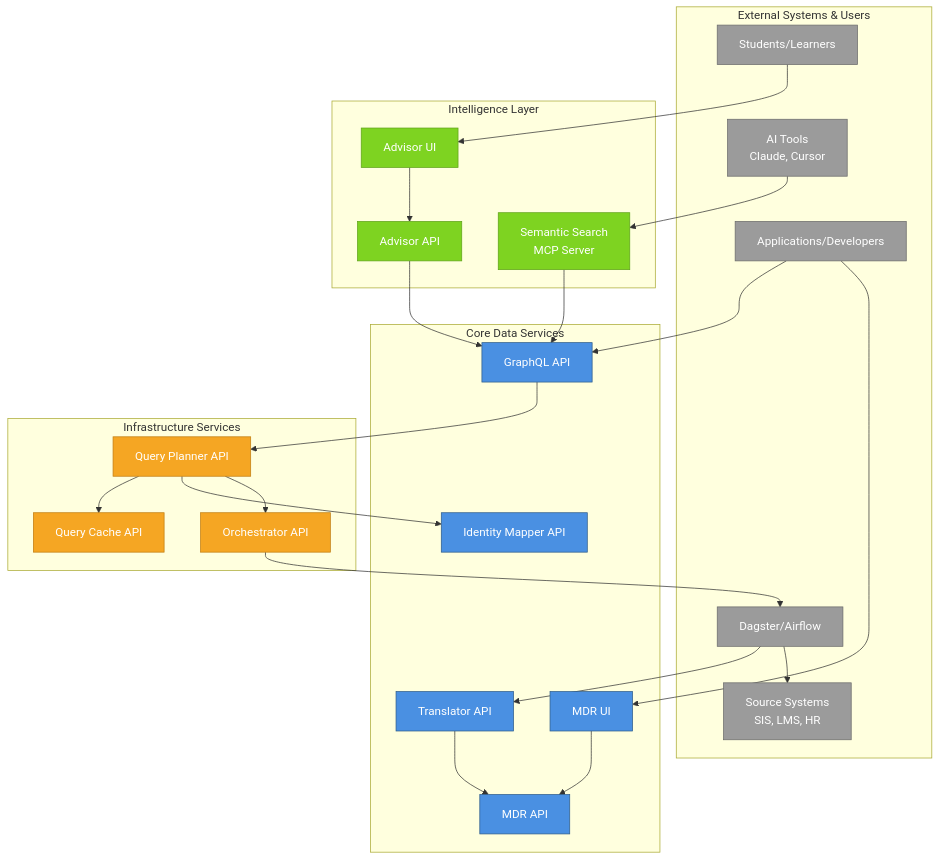
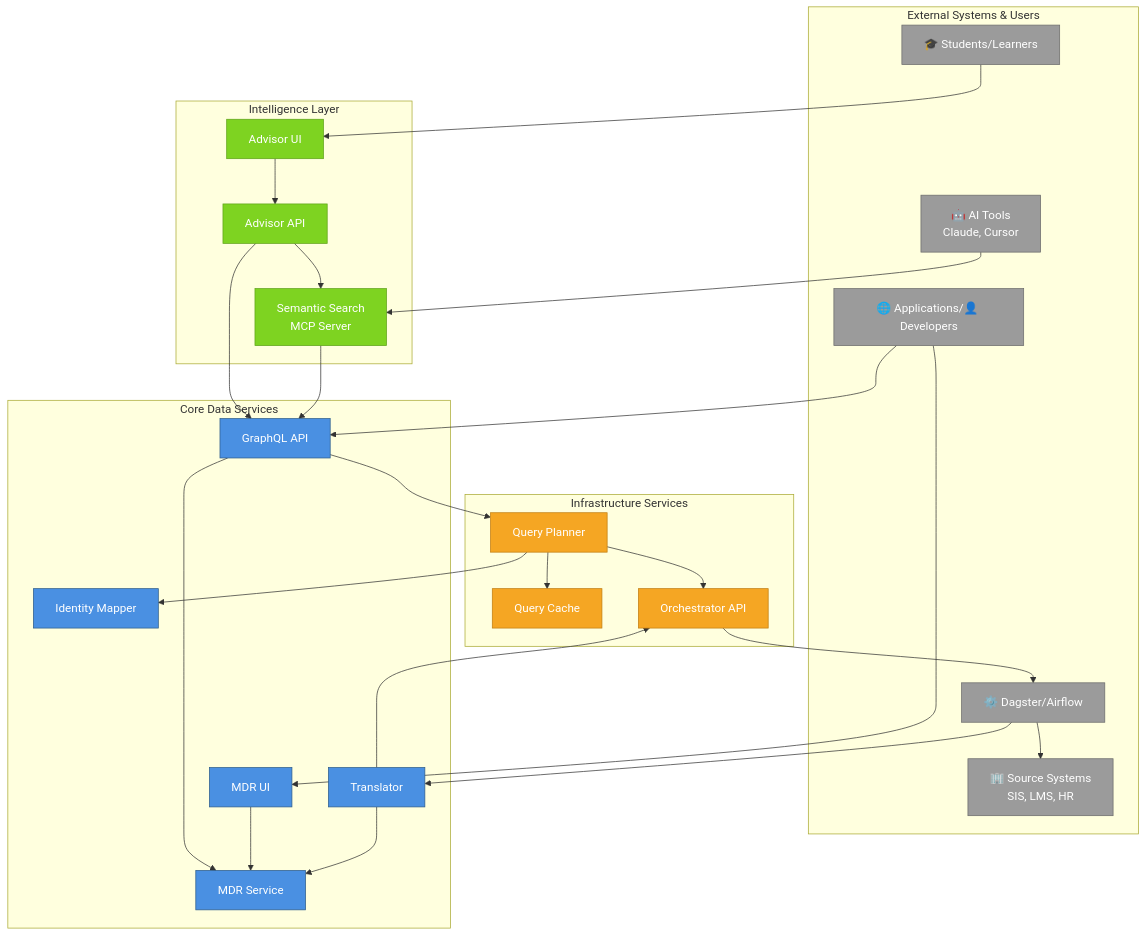
The first of 16 diagrams in docs/lif_services_overview.md (LIF-Initiative/lif-core), drawn with Mermaid before and after one commit. The commit also changed other lines of this file, not shown here.

Commit message:
docs: diagram cleanup

````diff
--- a/docs/lif_services_overview.md
+++ b/docs/lif_services_overview.md
@@ -11,60 +11,63 @@
 ```mermaid
 graph TB
     subgraph External["External Systems & Users"]
-        Users[Applications/Developers]
-        Students[Students/Learners]
-        Sources[Source Systems<br/>SIS, LMS, HR]
-        Orchestrators[Dagster/Airflow]
-        AITools[AI Tools<br/>Claude, Cursor]
+        Users[🌐 Applications/👤 Developers]
+        Students[🎓 Students/Learners]
+        Sources[🏢 Source Systems<br/>SIS, LMS, HR]
+        Orchestrators[⚙️ Dagster/Airflow]
+        AITools[🤖 AI Tools<br/>Claude, Cursor]
     end
     
     subgraph Core["Core Data Services"]
         GQL[GraphQL API]
-        Trans[Translator API]
-        IDMap[Identity Mapper API]
-        MDR[MDR API]
+        Trans[Translator]
+        IDMap[Identity Mapper]
+        MDR[MDR Service]
         MDRUI[MDR UI]
     end
     
     subgraph Intel["Intelligence Layer"]
         Advisor[Advisor API]
         AdvisorUI[Advisor UI]
         MCP[Semantic Search<br/>MCP Server]
     end
     
     subgraph Infra["Infrastructure Services"]
-        Cache[Query Cache API]
-        Planner[Query Planner API]
+        Cache[Query Cache]
+        Planner[Query Planner]
         Orch[Orchestrator API]
     end
     
     Users --> GQL
     Users --> MDRUI
     Students --> AdvisorUI
     AITools --> MCP
     
     GQL --> Planner
+    GQL --> MDR
     AdvisorUI --> Advisor
     Advisor --> GQL
+    Advisor --> MCP
     MCP --> GQL
     MDRUI --> MDR
     
     Planner --> Cache
     Planner --> IDMap
     Planner --> Orch
     
     Orch --> Orchestrators
     Orchestrators --> Trans
     Orchestrators --> Sources
     Trans --> MDR
+    Trans --> Orch
     
     classDef coreStyle fill:#4A90E2,stroke:#2E5C8A,color:#fff
     classDef intelStyle fill:#7ED321,stroke:#5FA319,color:#fff
     classDef infraStyle fill:#F5A623,stroke:#C17D11,color:#fff
     classDef extStyle fill:#9B9B9B,stroke:#6B6B6B,color:#fff
     
     class GQL,Trans,IDMap,MDR,MDRUI coreStyle
     class Advisor,AdvisorUI,MCP intelStyle
     class Cache,Planner,Orch infraStyle
     class Users,Students,Sources,Orchestrators,AITools extStyle
 ```
````
